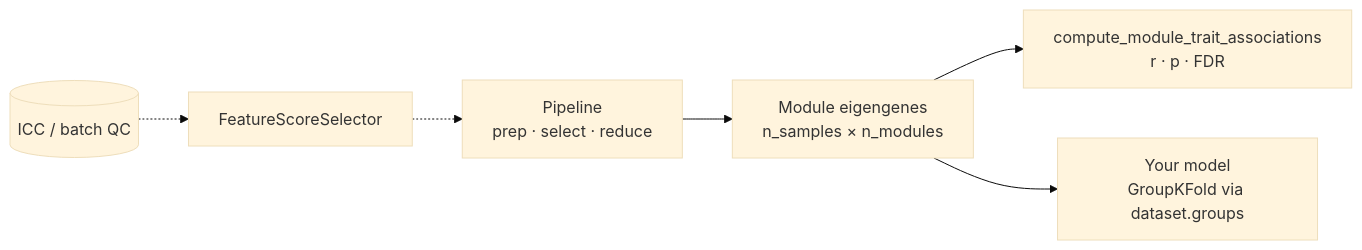
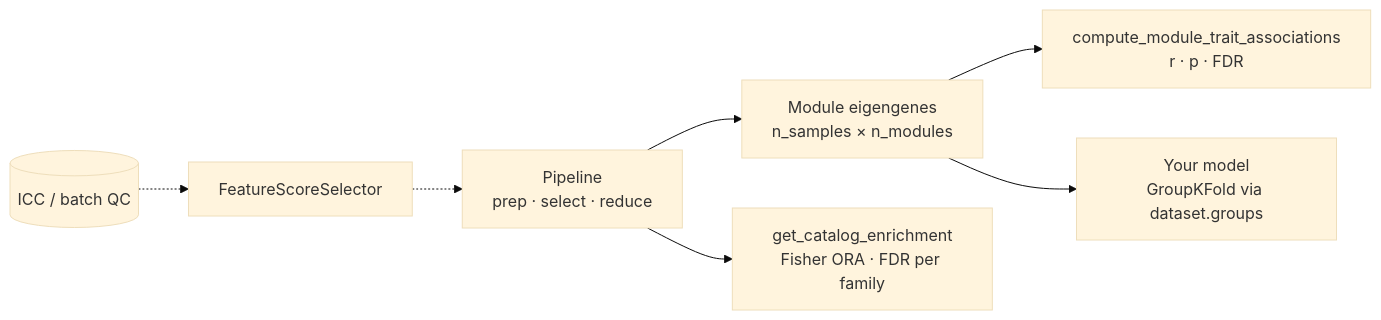
One commit to martonkolossvary/eigenradiomics changed the diagram in docs/user_guide/downstream_analysis.md. Above: the diagram before and after it, drawn with Mermaid (base theme). The commit also changed other lines of this file and 49 other files, not shown here.

````diff
--- a/docs/user_guide/downstream_analysis.md
+++ b/docs/user_guide/downstream_analysis.md
@@ -8,7 +8,8 @@
 ```mermaid
 flowchart LR
     P[Pipeline<br/>prep · select · reduce] --> Y[Module eigengenes<br/>n_samples × n_modules]
     Y --> MT[compute_module_trait_associations<br/>r · p · FDR]
     Y --> M[Your model<br/>GroupKFold via dataset.groups]
+    P --> ORA[get_catalog_enrichment<br/>Fisher ORA · FDR per family]
     QC[(ICC / batch QC)] -.-> S[FeatureScoreSelector] -.-> P
 ```
````
